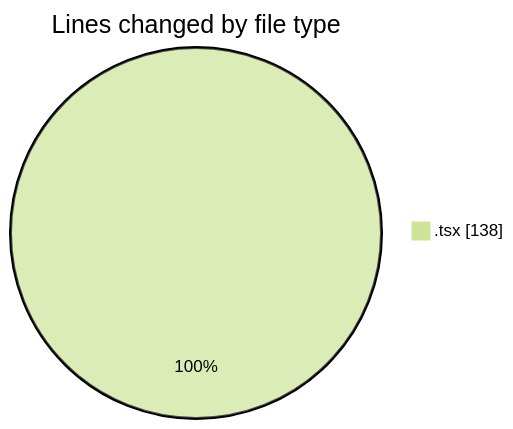
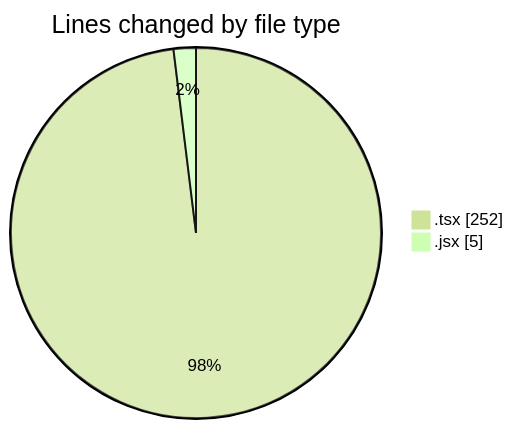
One commit to Ritupan-Deka/code-tracking changed the first of 2 diagrams in 2025-10-13/scopecraft/README.md. Above: the diagram before and after it, drawn with Mermaid (forest theme). The commit also changed other lines of this file and 1 other file, not shown here.

````diff
--- a/2025-10-13/scopecraft/README.md
+++ b/2025-10-13/scopecraft/README.md
@@ -21,5 +23,6 @@
 ```mermaid
 pie showData
 title Lines changed by file type
-".tsx" : 138
+".tsx" : 252
+".jsx" : 5
 ```
````
